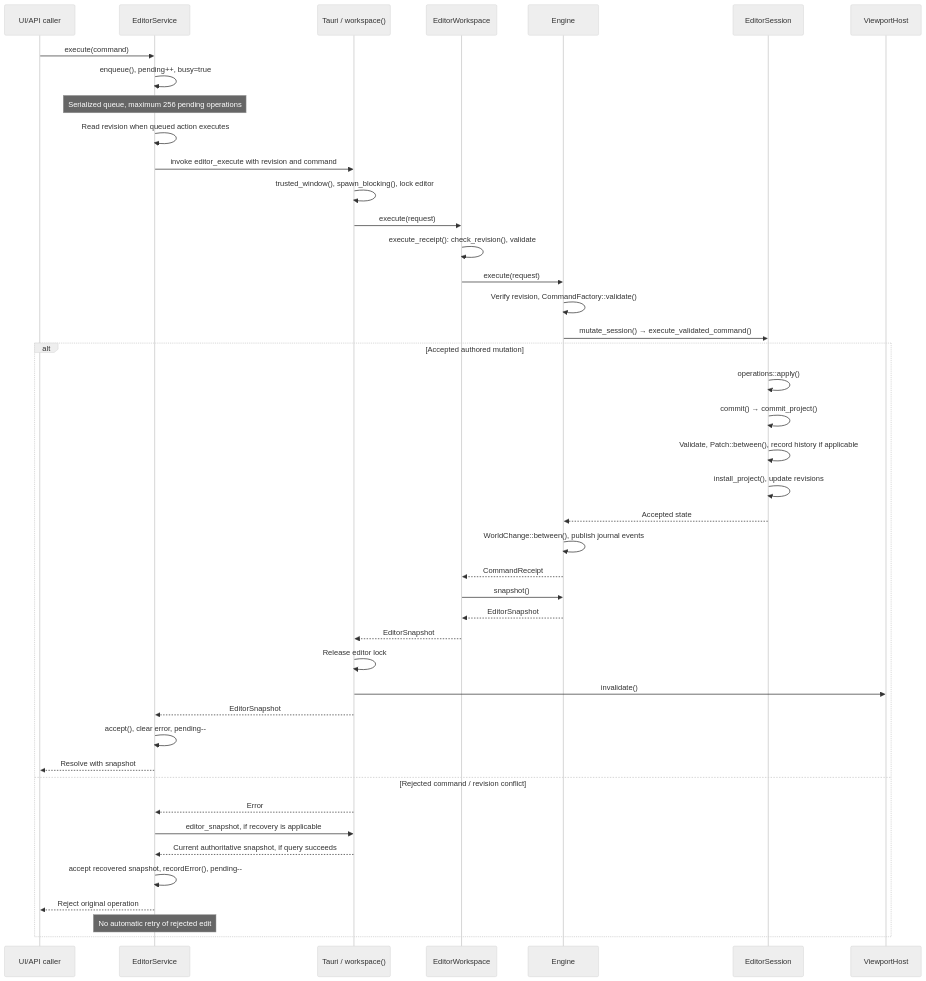
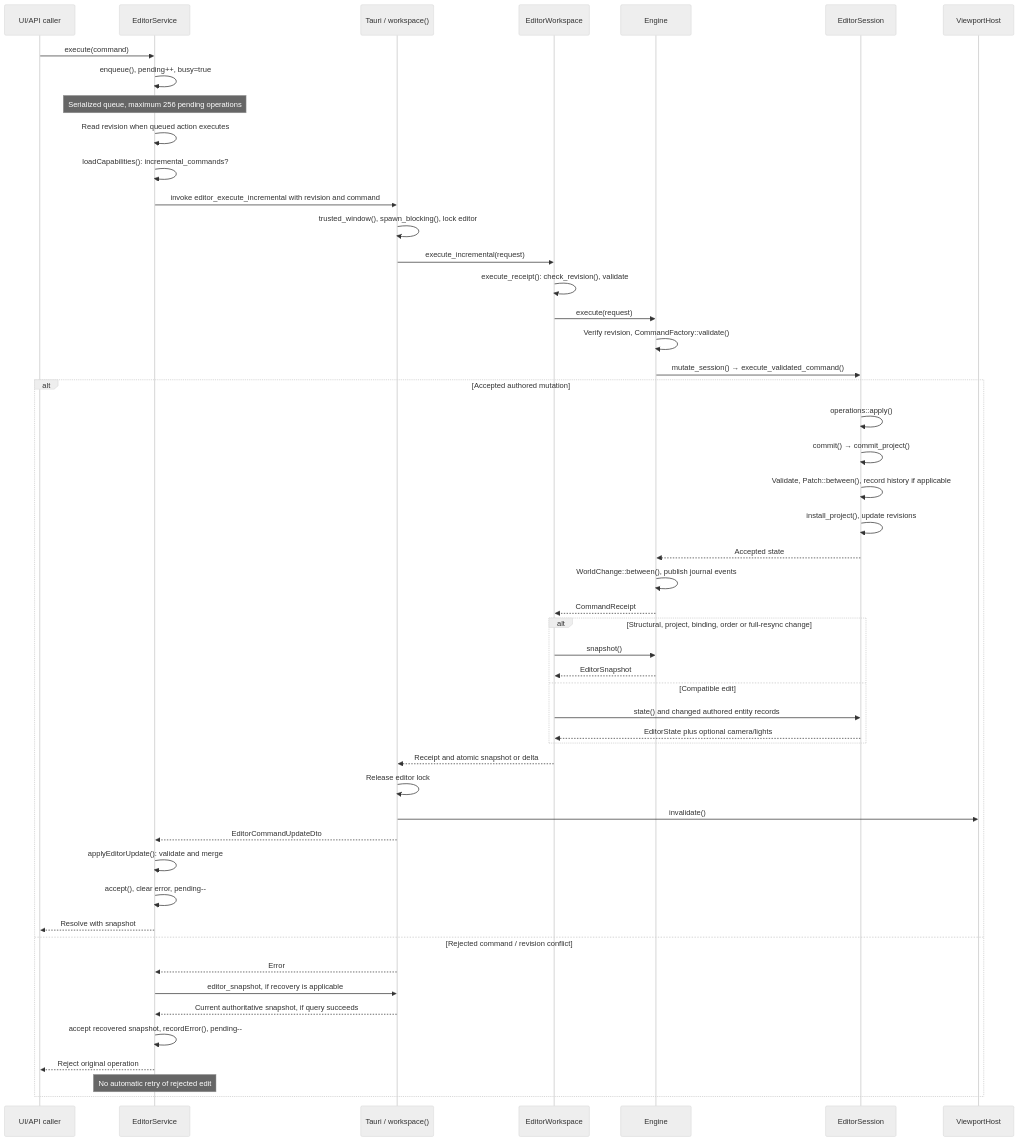
Before and after one commit to MishaYanov/GameEngine: the fifth of 10 diagrams in docs/editor-flow.md, drawn with Mermaid (neutral theme). The commit also changed other lines of this file and 58 other files, not shown here.

````diff
--- a/docs/editor-flow.md
+++ b/docs/editor-flow.md
@@ -258,47 +259,54 @@
 ```mermaid
 sequenceDiagram
     participant Caller as UI/API caller
     participant Client as EditorService
     participant Host as Tauri / workspace()
     participant Workspace as EditorWorkspace
     participant Engine as Engine
     participant Session as EditorSession
     participant Viewport as ViewportHost
 
     Caller->>Client: execute(command)
     Client->>Client: enqueue(), pending++, busy=true
     Note over Client: Serialized queue, maximum 256 pending operations
     Client->>Client: Read revision when queued action executes
-    Client->>Host: invoke editor_execute with revision and command
+    Client->>Client: loadCapabilities(): incremental_commands?
+    Client->>Host: invoke editor_execute_incremental with revision and command
     Host->>Host: trusted_window(), spawn_blocking(), lock editor
-    Host->>Workspace: execute(request)
+    Host->>Workspace: execute_incremental(request)
     Workspace->>Workspace: execute_receipt(): check_revision(), validate
     Workspace->>Engine: execute(request)
     Engine->>Engine: Verify revision, CommandFactory::validate()
     Engine->>Session: mutate_session() → execute_validated_command()
 
     alt Accepted authored mutation
         Session->>Session: operations::apply()
         Session->>Session: commit() → commit_project()
         Session->>Session: Validate, Patch::between(), record history if applicable
         Session->>Session: install_project(), update revisions
         Session-->>Engine: Accepted state
         Engine->>Engine: WorldChange::between(), publish journal events
         Engine-->>Workspace: CommandReceipt
-        Workspace->>Engine: snapshot()
-        Engine-->>Workspace: EditorSnapshot
-        Workspace-->>Host: EditorSnapshot
+        alt Structural, project, binding, order or full-resync change
+            Workspace->>Engine: snapshot()
+            Engine-->>Workspace: EditorSnapshot
+        else Compatible edit
+            Workspace->>Session: state() and changed authored entity records
+            Session-->>Workspace: EditorState plus optional camera/lights
+        end
+        Workspace-->>Host: Receipt and atomic snapshot or delta
         Host->>Host: Release editor lock
         Host->>Viewport: invalidate()
-        Host-->>Client: EditorSnapshot
+        Host-->>Client: EditorCommandUpdateDto
+        Client->>Client: applyEditorUpdate(): validate and merge
         Client->>Client: accept(), clear error, pending--
         Client-->>Caller: Resolve with snapshot
     else Rejected command / revision conflict
         Host-->>Client: Error
         Client->>Host: editor_snapshot, if recovery is applicable
         Host-->>Client: Current authoritative snapshot, if query succeeds
         Client->>Client: accept recovered snapshot, recordError(), pending--
         Client-->>Caller: Reject original operation
         Note over Client: No automatic retry of rejected edit
     end
 ```
````
